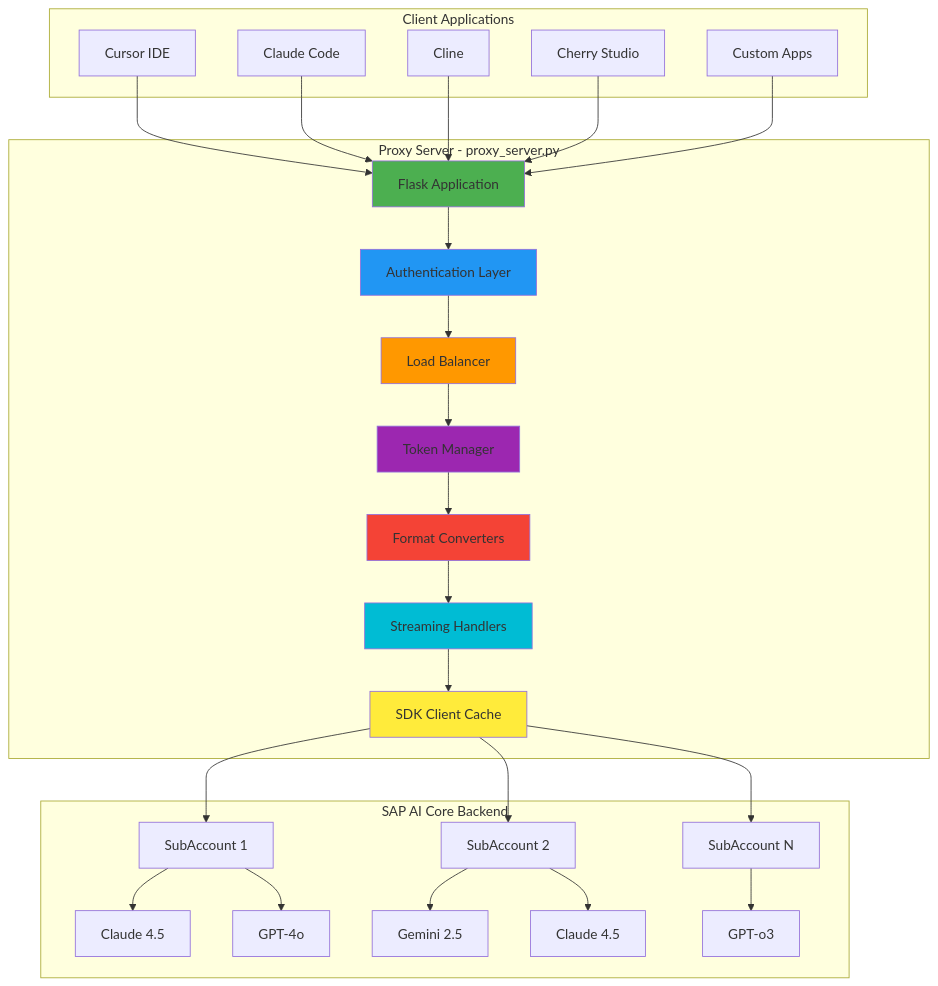
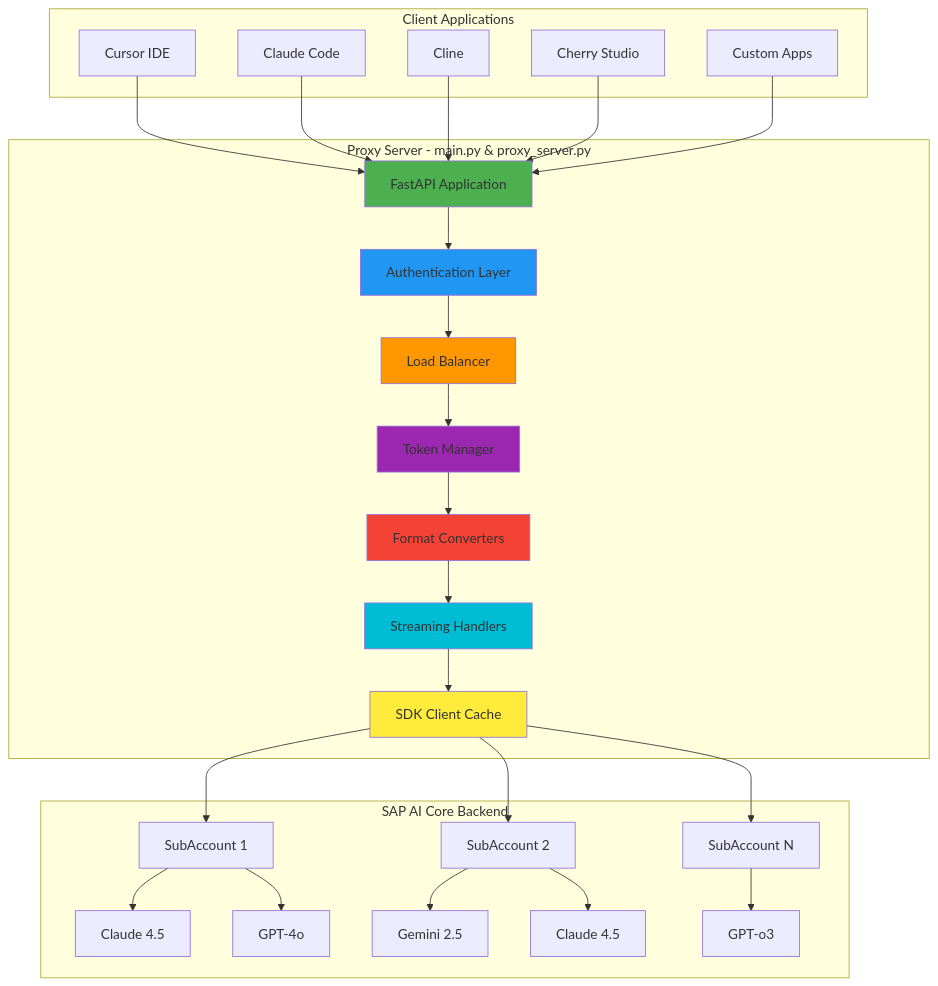
The first of 9 diagrams in docs/architecture/ARCHITECTURE.md (wl21st/sap-ai-core-llm-proxy), drawn with Mermaid before and after one commit. The commit also changed other lines of this file, not shown here.

Commit message:
docs: Update architecture documentation to reflect FastAPI migration, new module structure, and `ProxyGlobalContext` for service management.

````diff
--- a/docs/architecture/ARCHITECTURE.md
+++ b/docs/architecture/ARCHITECTURE.md
@@ -38,57 +38,57 @@
 ```mermaid
 graph TB
     subgraph "Client Applications"
         A[Cursor IDE]
         B[Claude Code]
         C[Cline]
         D[Cherry Studio]
         E[Custom Apps]
     end
 
-    subgraph "Proxy Server - proxy_server.py"
-        F[Flask Application]
+    subgraph "Proxy Server - main.py & proxy_server.py"
+        F[FastAPI Application]
         G[Authentication Layer]
         H[Load Balancer]
         I[Token Manager]
         J[Format Converters]
         K[Streaming Handlers]
         L[SDK Client Cache]
     end
 
     subgraph "SAP AI Core Backend"
         M[SubAccount 1]
         N[SubAccount 2]
         O[SubAccount N]
         
         M --> M1[Claude 4.5]
         M --> M2[GPT-4o]
         N --> N1[Gemini 2.5]
         N --> N2[Claude 4.5]
         O --> O1[GPT-o3]
     end
 
     A --> F
     B --> F
     C --> F
     D --> F
     E --> F
     
     F --> G
     G --> H
     H --> I
     I --> J
     J --> K
     K --> L
     
     L --> M
     L --> N
     L --> O
     
     style F fill:#4CAF50
     style G fill:#2196F3
     style H fill:#FF9800
     style I fill:#9C27B0
     style J fill:#F44336
     style K fill:#00BCD4
     style L fill:#FFEB3B
 ```
````
